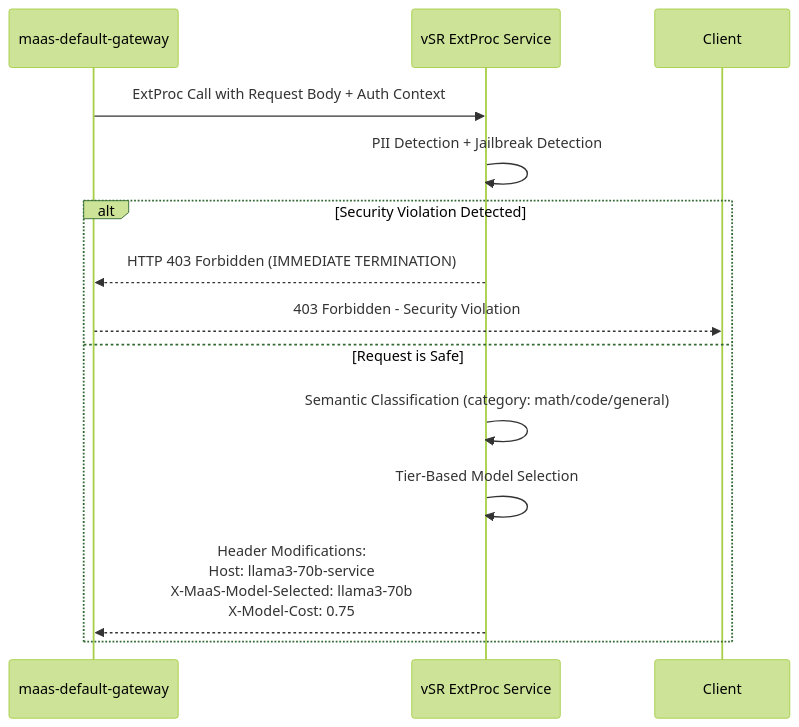
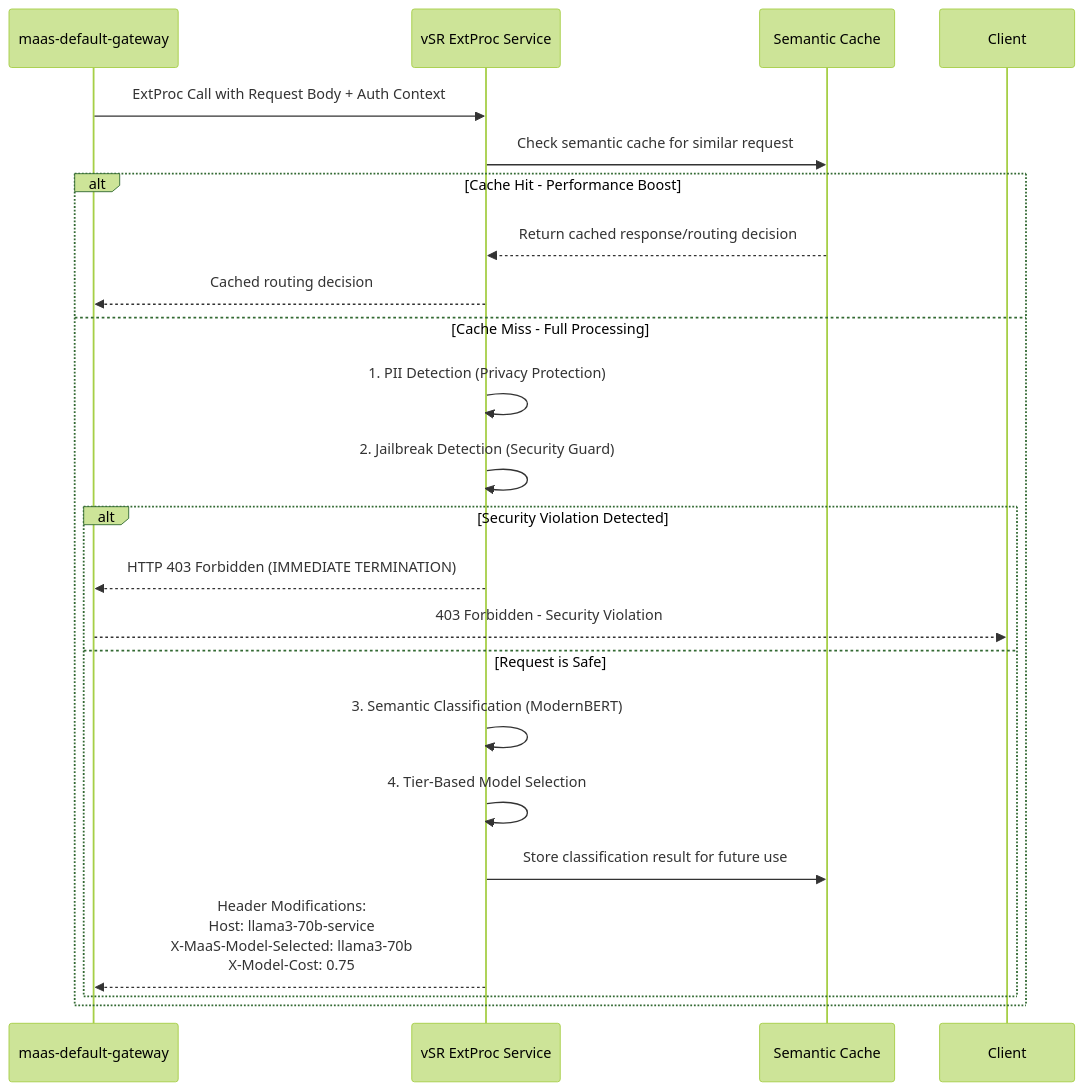
One commit to noyitz/maas-billing changed the tenth of 13 diagrams in docs/designs/vSR-Integration/README.md. Above: the diagram before and after it, drawn with Mermaid (forest theme). The commit also changed other lines of this file, not shown here.

Commit message:
Enhance Phase 2 to highlight key vSR features and capabilities
- Add semantic caching to Phase 2 diagram with cache hit/miss flows
- Clearly show PII detection, jailbreak prevention, and ModernBERT classification
- Update Phase 2 benefits with detailed feature breakdown
- Emphasize privacy protection and performance optimization
- Update integration benefits to highlight vSR's unique capabilities
- Show semantic cache storing results for future performance gains

Key vSR features like semantic caching, PII detection, and jailbreak prevention
are now prominently featured as core value propositions.

🤖 Generated with [Claude Code](https://claude.ai/code)

````diff
--- a/docs/designs/vSR-Integration/README.md
+++ b/docs/designs/vSR-Integration/README.md
@@ -395,18 +395,28 @@
 ```mermaid
 sequenceDiagram
     participant Gateway as maas-default-gateway
     participant vSR as vSR ExtProc Service
+    participant Cache as Semantic Cache
     participant Client
     
     Gateway->>vSR: ExtProc Call with Request Body + Auth Context
-    vSR->>vSR: PII Detection + Jailbreak Detection
+    vSR->>Cache: Check semantic cache for similar request
     
-    alt Security Violation Detected
-        vSR-->>Gateway: HTTP 403 Forbidden (IMMEDIATE TERMINATION)
-        Gateway-->>Client: 403 Forbidden - Security Violation
-    else Request is Safe
-        vSR->>vSR: Semantic Classification (category: math/code/general)
-        vSR->>vSR: Tier-Based Model Selection
-        vSR-->>Gateway: Header Modifications:<br/>Host: llama3-70b-service<br/>X-MaaS-Model-Selected: llama3-70b<br/>X-Model-Cost: 0.75
+    alt Cache Hit - Performance Boost
+        Cache-->>vSR: Return cached response/routing decision
+        vSR-->>Gateway: Cached routing decision
+    else Cache Miss - Full Processing
+        vSR->>vSR: 1. PII Detection (Privacy Protection)
+        vSR->>vSR: 2. Jailbreak Detection (Security Guard)
+        
+        alt Security Violation Detected
+            vSR-->>Gateway: HTTP 403 Forbidden (IMMEDIATE TERMINATION)
+            Gateway-->>Client: 403 Forbidden - Security Violation
+        else Request is Safe
+            vSR->>vSR: 3. Semantic Classification (ModernBERT)
+            vSR->>vSR: 4. Tier-Based Model Selection
+            vSR->>Cache: Store classification result for future use
+            vSR-->>Gateway: Header Modifications:<br/>Host: llama3-70b-service<br/>X-MaaS-Model-Selected: llama3-70b<br/>X-Model-Cost: 0.75
+        end
     end
 ```
````
